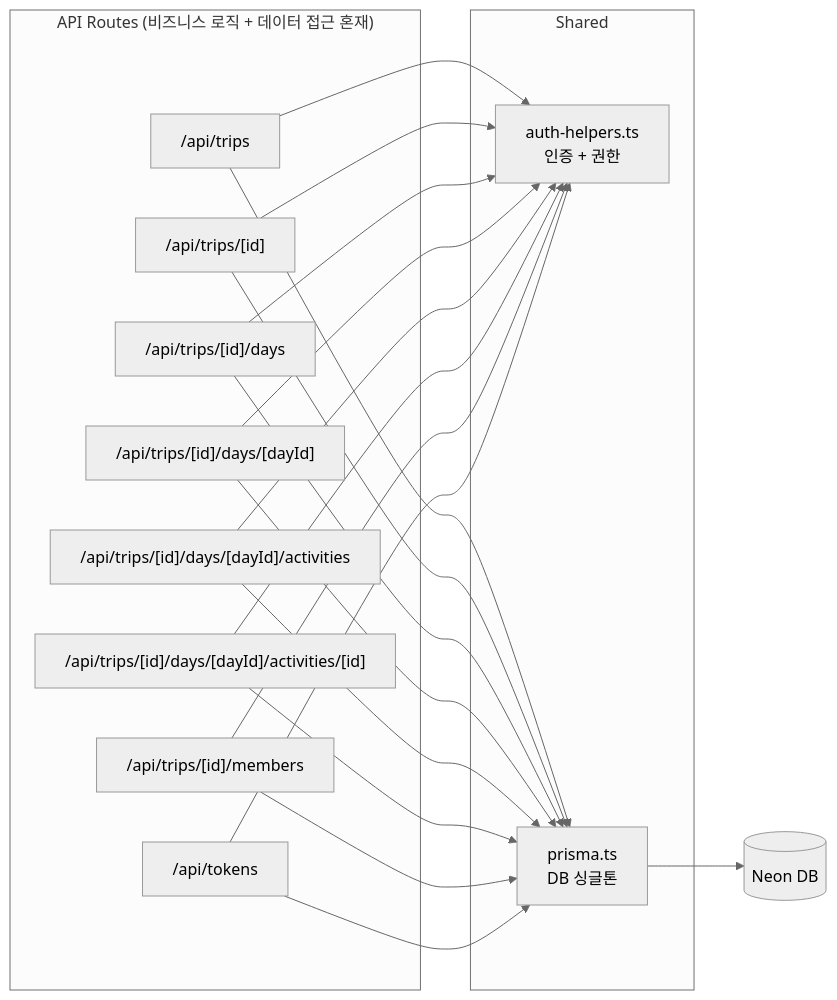
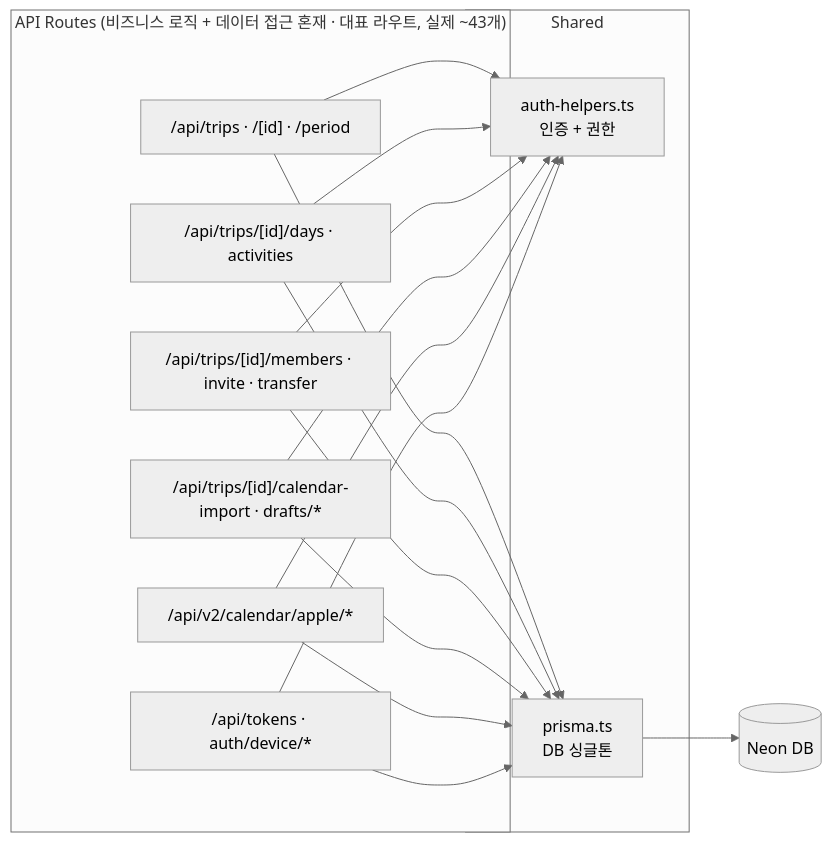
The third of 5 diagrams in docs/ARCHITECTURE.md (idean3885/trip-planner), drawn with Mermaid (neutral theme) before and after one commit. The commit also changed other lines of this file and 6 other files, not shown here.

First line of the commit message:
docs: v4.5.0 기준 개발 문서 현행화 (ERD·아키텍처·다이어그램)

````diff
--- a/docs/ARCHITECTURE.md
+++ b/docs/ARCHITECTURE.md
@@ -111,22 +121,20 @@
 ```mermaid
 graph LR
-    subgraph "API Routes (비즈니스 로직 + 데이터 접근 혼재)"
-        R1["/api/trips"]
-        R2["/api/trips/[id]"]
-        R3["/api/trips/[id]/days"]
-        R4["/api/trips/[id]/days/[dayId]"]
-        R5["/api/trips/[id]/days/[dayId]/activities"]
-        R6["/api/trips/[id]/days/[dayId]/activities/[id]"]
-        R7["/api/trips/[id]/members"]
-        R8["/api/tokens"]
+    subgraph "API Routes (비즈니스 로직 + 데이터 접근 혼재 · 대표 라우트, 실제 ~43개)"
+        R1["/api/trips · /[id] · /period"]
+        R2["/api/trips/[id]/days · activities"]
+        R3["/api/trips/[id]/members · invite · transfer"]
+        R4["/api/trips/[id]/calendar-import · drafts/*"]
+        R5["/api/v2/calendar/apple/*"]
+        R6["/api/tokens · auth/device/*"]
     end
 
     subgraph "Shared"
         AH[auth-helpers.ts<br/>인증 + 권한]
         PR[prisma.ts<br/>DB 싱글톤]
     end
 
-    R1 & R2 & R3 & R4 & R5 & R6 & R7 & R8 --> AH
-    R1 & R2 & R3 & R4 & R5 & R6 & R7 & R8 --> PR
+    R1 & R2 & R3 & R4 & R5 & R6 --> AH
+    R1 & R2 & R3 & R4 & R5 & R6 --> PR
     PR --> DB[(Neon DB)]
 ```
````
